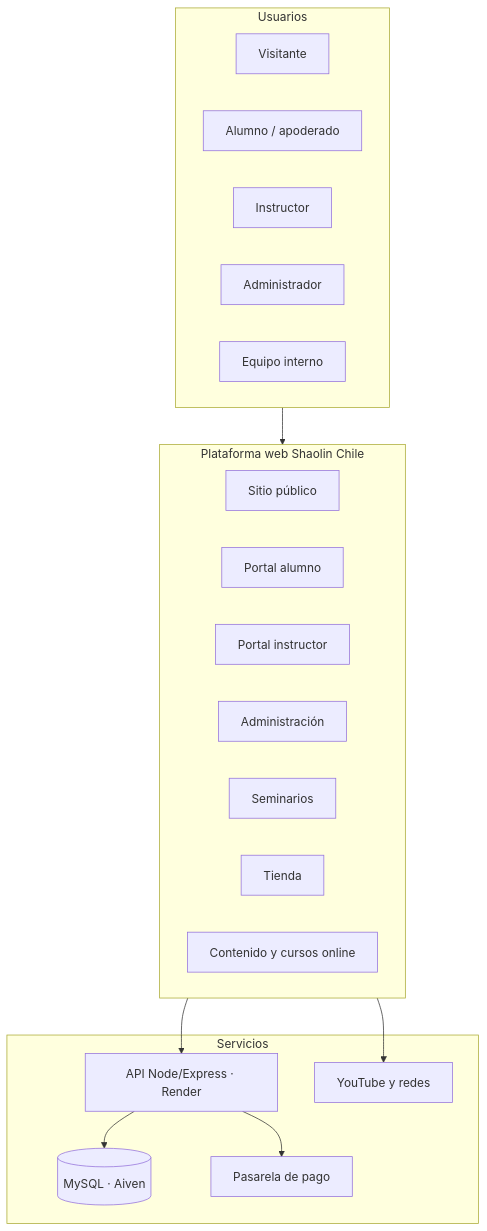
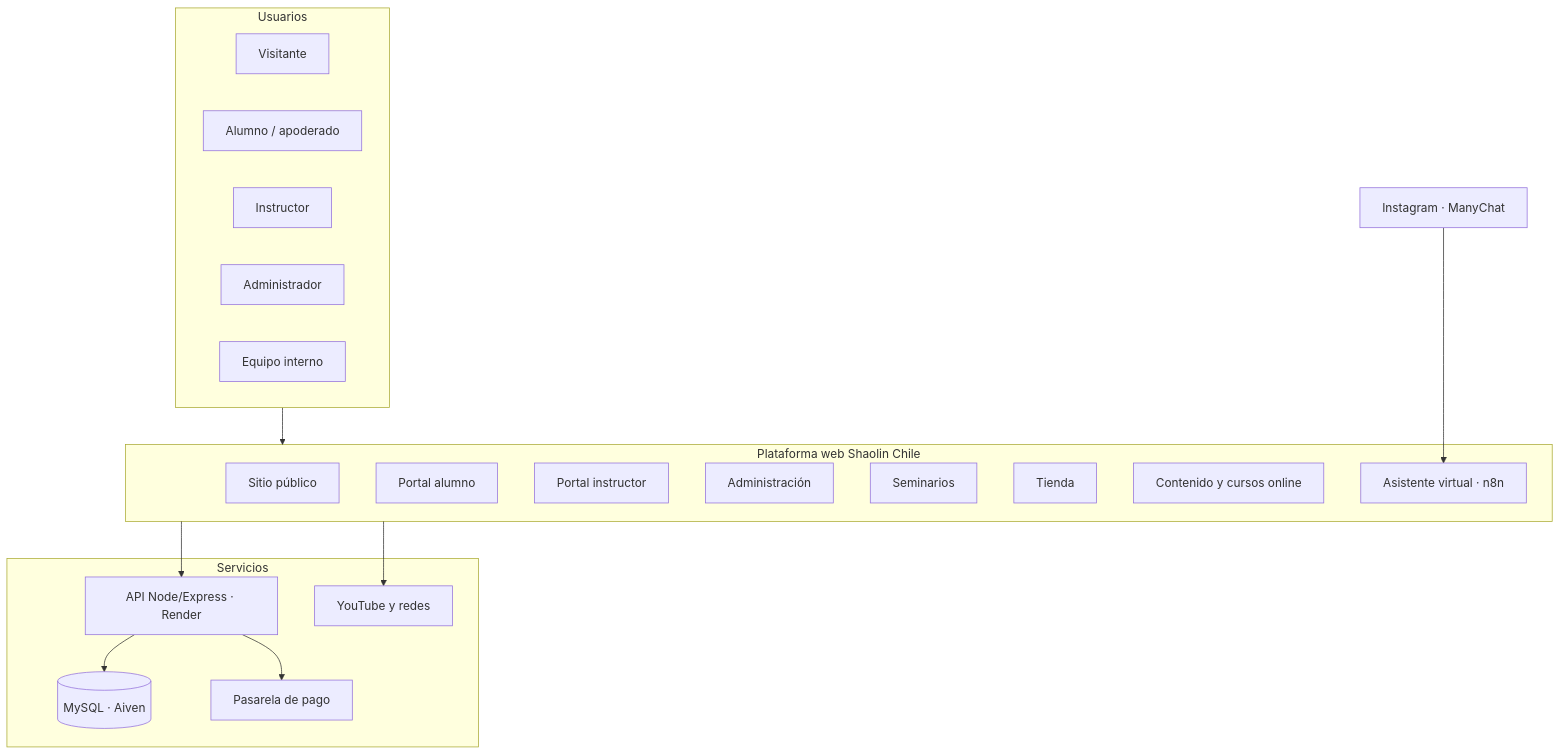
The diagram in docs/plan-maestro.md (MarcoAndresRivas/shaolin-chile), drawn with Mermaid before and after one commit. The commit also changed other lines of this file, not shown here.

First line of the commit message:
docs: agregar módulo 8, asistente virtual, al plan maestro

````diff
--- a/docs/plan-maestro.md
+++ b/docs/plan-maestro.md
@@ -25,30 +25,32 @@
 ```mermaid
 flowchart TB
     subgraph U[Usuarios]
         V[Visitante]
         A[Alumno / apoderado]
         I[Instructor]
         AD[Administrador]
         EQ[Equipo interno]
     end
     subgraph P[Plataforma web Shaolin Chile]
         M1[Sitio público]
         M2[Portal alumno]
         M3[Portal instructor]
         M4[Administración]
         M5[Seminarios]
         M6[Tienda]
         M7[Contenido y cursos online]
+        M8[Asistente virtual · n8n]
     end
     subgraph S[Servicios]
         API[API Node/Express · Render]
         DB[(MySQL · Aiven)]
         PAY[Pasarela de pago]
         YT[YouTube y redes]
     end
     U --> P
     P --> API
     API --> DB
     API --> PAY
     P --> YT
+    IG[Instagram · ManyChat] --> M8
 ```
````
